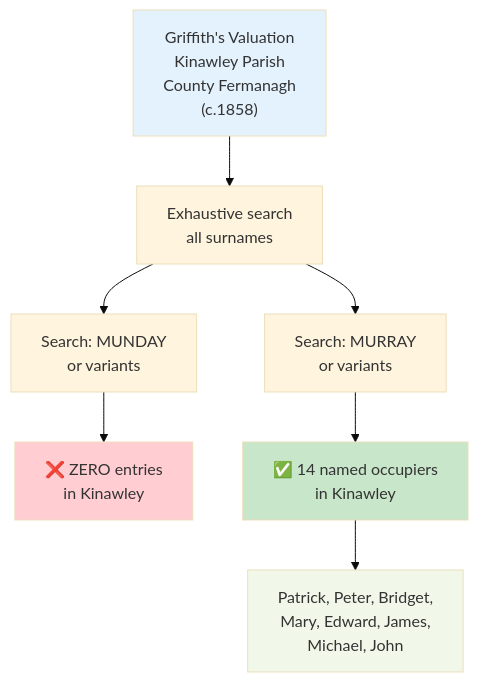
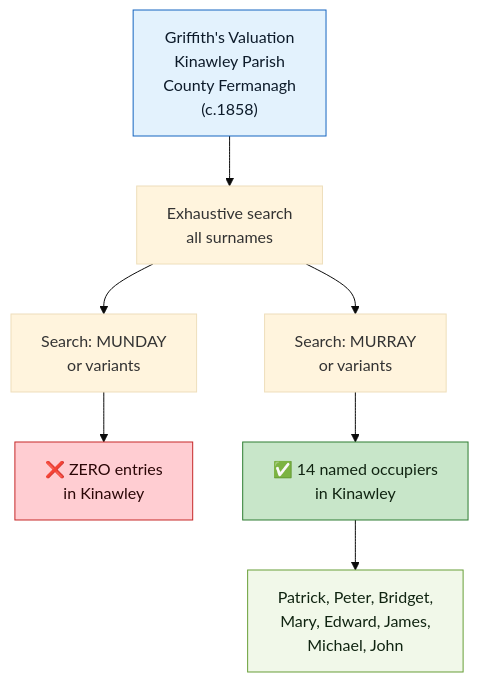
One commit to zcopley/copley-family-research changed the first of 2 diagrams in RQ-M5-PHASE-2-FINDINGS.md. Above: the diagram before and after it, drawn with Mermaid (base theme). The commit also changed 14 other files, not shown here.

Commit message:
Enforce Mermaid diagram contrast

````diff
--- a/RQ-M5-PHASE-2-FINDINGS.md
+++ b/RQ-M5-PHASE-2-FINDINGS.md
@@ -29,19 +29,19 @@
 ```mermaid
 graph TB
     GV["Griffith's Valuation<br/>Kinawley Parish<br/>County Fermanagh<br/>(c.1858)"]
     
     GV --> SEARCH["Exhaustive search<br/>all surnames"]
     
     SEARCH --> MUNDAY["Search: MUNDAY<br/>or variants"]
     SEARCH --> MURRAY["Search: MURRAY<br/>or variants"]
     
     MUNDAY --> MUN_RESULT["❌ ZERO entries<br/>in Kinawley"]
     MURRAY --> MUR_RESULT["✅ 14 named occupiers<br/>in Kinawley"]
     
     MUR_RESULT --> DETAIL["Patrick, Peter, Bridget,<br/>Mary, Edward, James,<br/>Michael, John"]
     
-    style GV fill:#e3f2fd
-    style MUN_RESULT fill:#ffcdd2
-    style MUR_RESULT fill:#c8e6c9
-    style DETAIL fill:#f1f8e9
+    style GV fill:#e3f2fd,stroke:#1565c0,color:#0d1b2a
+    style MUN_RESULT fill:#ffcdd2,stroke:#c62828,color:#2b0707
+    style MUR_RESULT fill:#c8e6c9,stroke:#2e7d32,color:#102411
+    style DETAIL fill:#f1f8e9,stroke:#689f38,color:#102411
 ```
````
